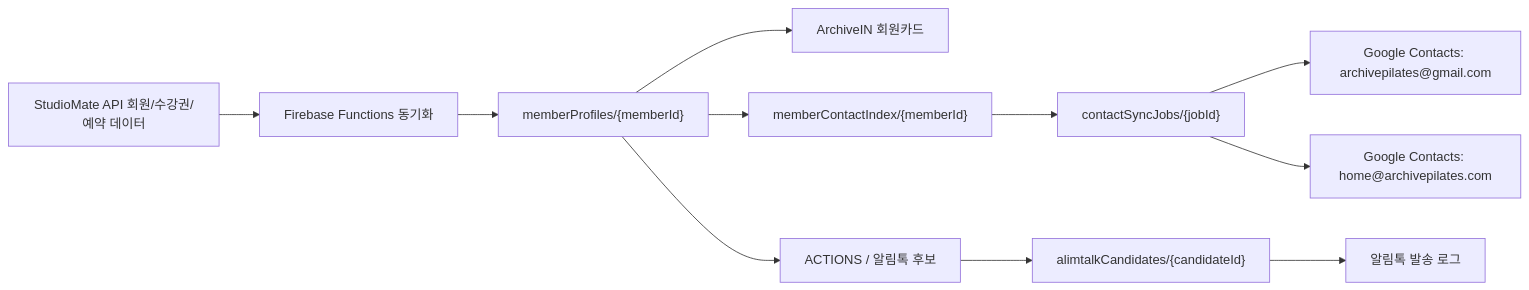
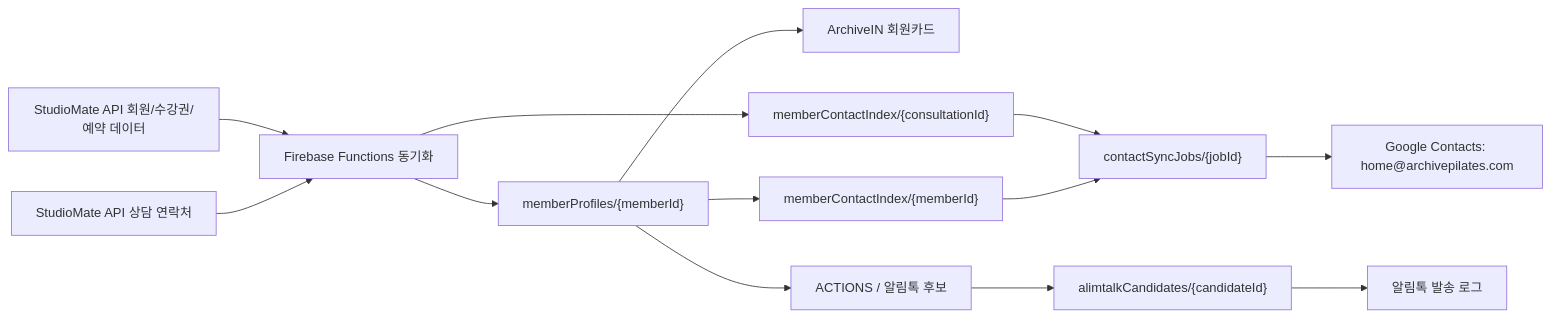
The diagram in docs/archivein-member-contact-alimtalk-pipeline.md (archivepilates/archive), drawn with Mermaid before and after one commit. The commit also changed other lines of this file and 7 other files, not shown here.

````diff
--- a/docs/archivein-member-contact-alimtalk-pipeline.md
+++ b/docs/archivein-member-contact-alimtalk-pipeline.md
@@ -17,13 +19,15 @@
 ```mermaid
 flowchart LR
   A["StudioMate API 회원/수강권/예약 데이터"] --> B["Firebase Functions 동기화"]
+  A2["StudioMate API 상담 연락처"] --> B
   B --> C["memberProfiles/{memberId}"]
   C --> D["ArchiveIN 회원카드"]
   C --> E["memberContactIndex/{memberId}"]
+  B --> E2["memberContactIndex/{consultationId}"]
+  E2 --> F
   E --> F["contactSyncJobs/{jobId}"]
-  F --> G["Google Contacts: archivepilates@gmail.com"]
-  F --> H["Google Contacts: home@archivepilates.com"]
+  F --> G["Google Contacts: home@archivepilates.com"]
   C --> I["ACTIONS / 알림톡 후보"]
   I --> J["alimtalkCandidates/{candidateId}"]
   J --> K["알림톡 발송 로그"]
 ```
````
